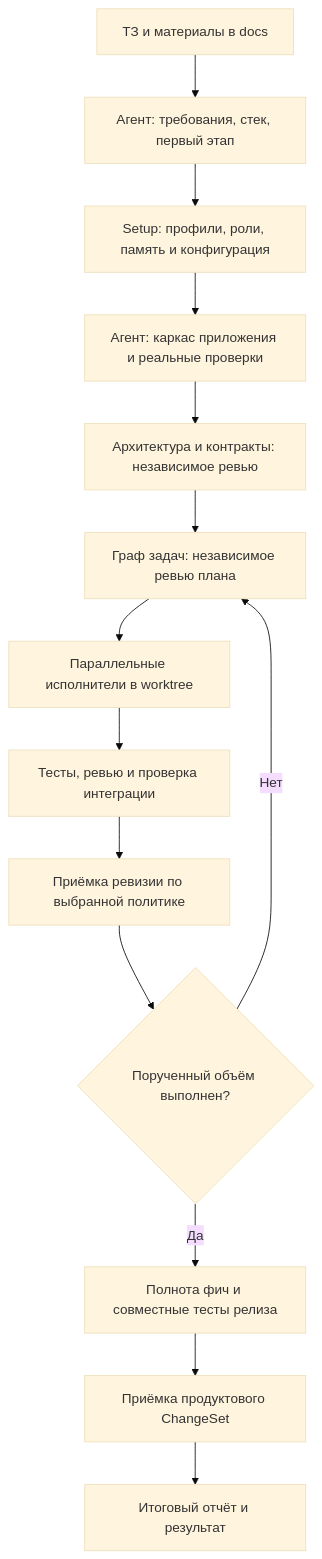
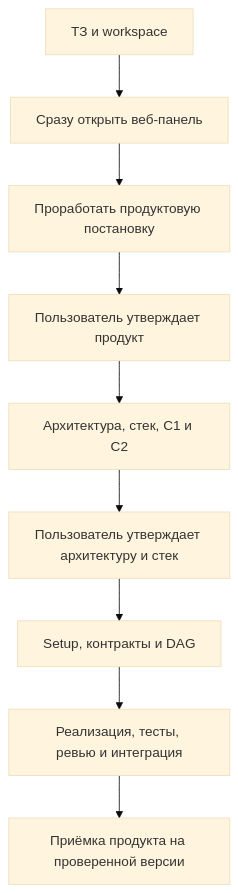
The diagram in docs/workflow.md (step1ov/devcontour), drawn with Mermaid (base theme) before and after one commit. The commit also changed other lines of this file and 53 other files, not shown here.

Commit message:
feat: stage product and architecture approvals before development

````diff
--- a/docs/workflow.md
+++ b/docs/workflow.md
@@ -51,16 +53,11 @@
 ```mermaid
 flowchart TD
-    A[ТЗ и материалы в docs] --> B[Агент: требования, стек, первый этап]
-    B --> C[Setup: профили, роли, память и конфигурация]
-    C --> D[Агент: каркас приложения и реальные проверки]
-    D --> E[Архитектура и контракты: независимое ревью]
-    E --> F[Граф задач: независимое ревью плана]
-    F --> G[Параллельные исполнители в worktree]
-    G --> H[Тесты, ревью и проверка интеграции]
-    H --> I[Приёмка ревизии по выбранной политике]
-    I --> J{Порученный объём выполнен?}
-    J -->|Нет| F
-    J -->|Да| K[Полнота фич и совместные тесты релиза]
-    K --> L[Приёмка продуктового ChangeSet]
-    L --> M[Итоговый отчёт и результат]
+    A[ТЗ и workspace] --> B[Сразу открыть веб-панель]
+    B --> C[Проработать продуктовую постановку]
+    C --> D[Пользователь утверждает продукт]
+    D --> E[Архитектура, стек, C1 и C2]
+    E --> F[Пользователь утверждает архитектуру и стек]
+    F --> G[Setup, контракты и DAG]
+    G --> H[Реализация, тесты, ревью и интеграция]
+    H --> I[Приёмка продукта на проверенной версии]
 ```
````
